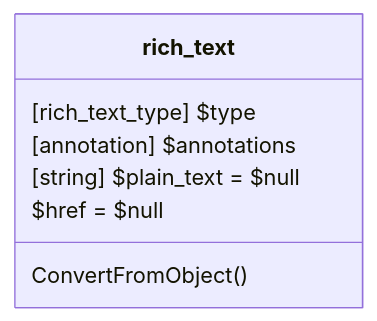
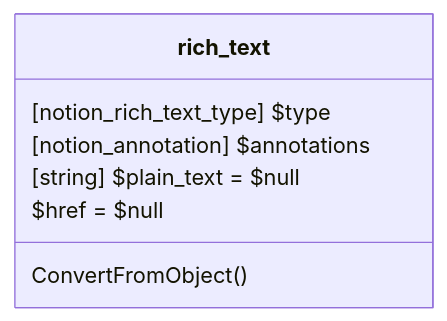
One commit to fasteiner/Notion changed the diagram in docs/Classes/Block/RichText/01_Rich_Text.md. Above: the diagram before and after it, drawn with Mermaid. The commit also changed 44 other files, not shown here.

First line of the commit message:
Refactor rich text classes and enums to align with Notion API specifications

````diff
--- a/docs/Classes/Block/RichText/01_Rich_Text.md
+++ b/docs/Classes/Block/RichText/01_Rich_Text.md
@@ -5,10 +5,10 @@
 ```mermaid
 classDiagram
     class rich_text {
-        [rich_text_type] $type
-        [annotation] $annotations
+        [notion_rich_text_type] $type
+        [notion_annotation] $annotations
         [string] $plain_text = $null
         $href = $null
         ConvertFromObject()
     }   
 ```
````
